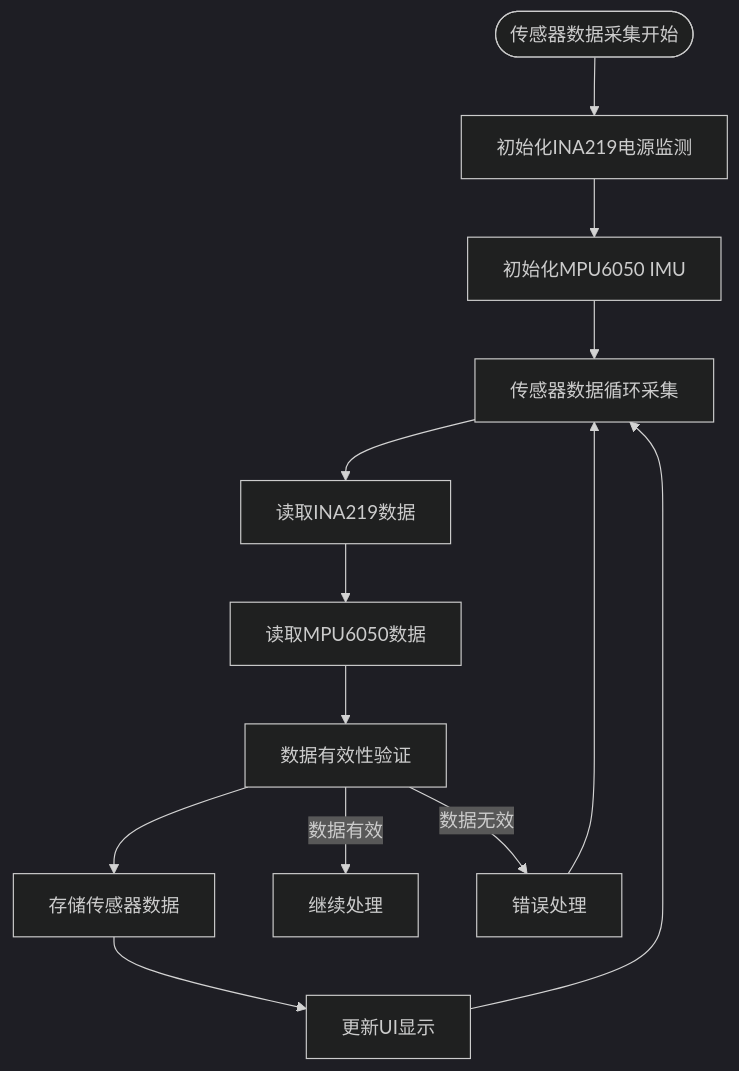
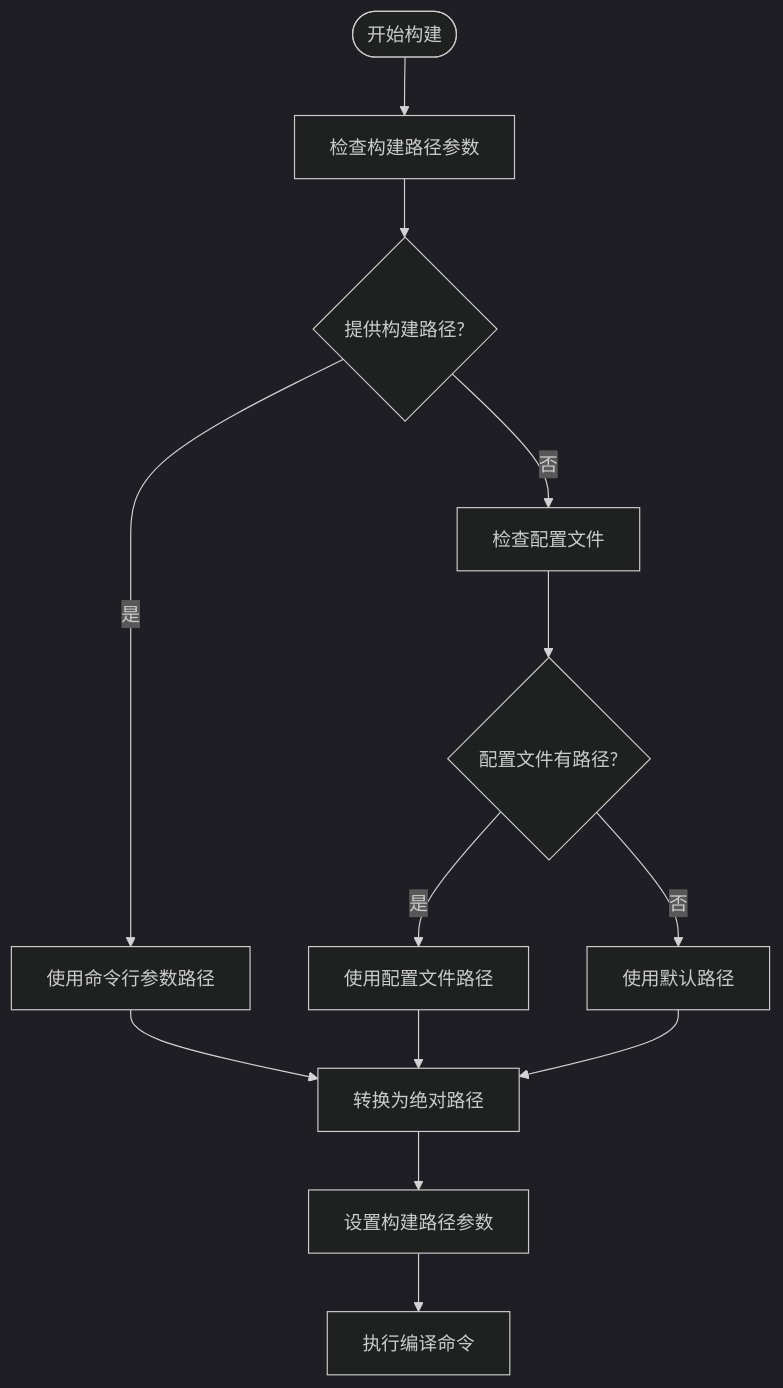
Before and after one commit to DonkeyDrift/Firmware: the seventh of 16 diagrams in .qoder/repowiki/zh/content/开发工具与配置/Arduino CLI自动化.md, drawn with Mermaid (dark theme). The commit also changed other lines of this file and 9 other files, not shown here.

````diff
--- a/.qoder/repowiki/zh/content/开发工具与配置/Arduino CLI自动化.md
+++ b/.qoder/repowiki/zh/content/开发工具与配置/Arduino CLI自动化.md
@@ -330,15 +361,15 @@
 ```mermaid
 flowchart TD
-SensorStart([传感器数据采集开始]) --> INA219Init["初始化INA219电源监测"]
-INA219Init --> MPU6050Init["初始化MPU6050 IMU"]
-MPU6050Init --> SensorLoop["传感器数据循环采集"]
-SensorLoop --> INA219Read["读取INA219数据"]
-INA219Read --> MPU6050Read["读取MPU6050数据"]
-MPU6050Read --> DataValidation["数据有效性验证"]
-DataValidation --> DataStore["存储传感器数据"]
-DataStore --> UIUpdate["更新UI显示"]
-UIUpdate --> SensorLoop
-DataValidation --> |数据有效| Continue["继续处理"]
-DataValidation --> |数据无效| ErrorHandling["错误处理"]
-ErrorHandling --> SensorLoop
+BuildStart([开始构建]) --> CheckBuildPath["检查构建路径参数"]
+CheckBuildPath --> PathProvided{"提供构建路径?"}
+PathProvided --> |是| UseArgPath["使用命令行参数路径"]
+PathProvided --> |否| CheckConfig["检查配置文件"]
+CheckConfig --> ConfigPath{"配置文件有路径?"}
+ConfigPath --> |是| UseConfigPath["使用配置文件路径"]
+ConfigPath --> |否| DefaultPath["使用默认路径"]
+UseArgPath --> ConvertPath["转换为绝对路径"]
+UseConfigPath --> ConvertPath
+DefaultPath --> ConvertPath
+ConvertPath --> SetBuildPath["设置构建路径参数"]
+SetBuildPath --> ExecuteCompile["执行编译命令"]
 ```
````
